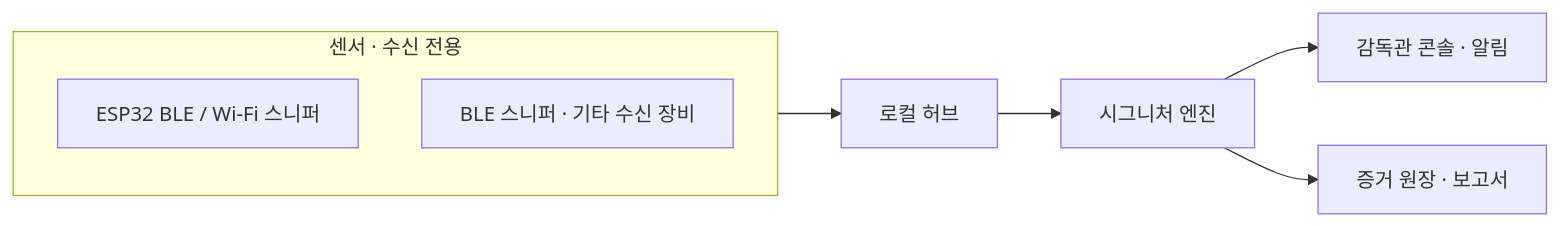
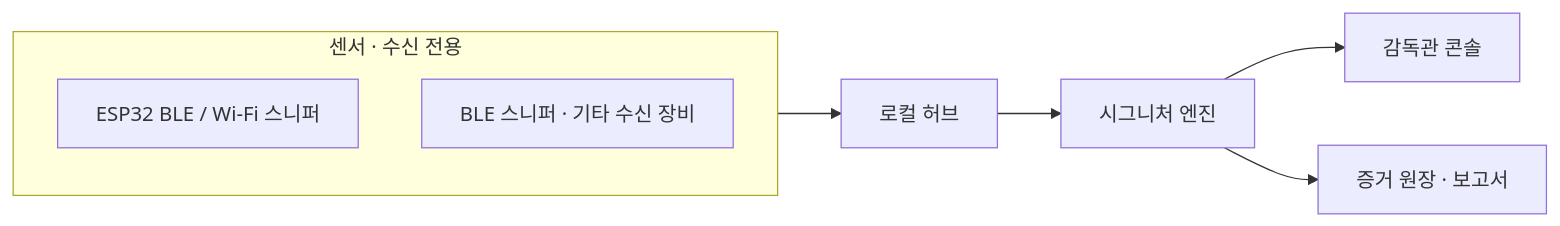
The diagram in README.md (eduoneq/exam-uncheat), drawn with Mermaid before and after one commit. The commit also changed other lines of this file and 34 other files, not shown here.

````diff
--- a/README.md
+++ b/README.md
@@ -79,11 +59,11 @@
 ```mermaid
 flowchart LR
   subgraph Sensors["센서 · 수신 전용"]
     A["ESP32 BLE / Wi-Fi 스니퍼"]
     B["BLE 스니퍼 · 기타 수신 장비"]
   end
   Sensors --> H["로컬 허브"]
   H --> E["시그니처 엔진"]
-  E --> D["감독관 콘솔 · 알림"]
+  E --> D["감독관 콘솔"]
   E --> L["증거 원장 · 보고서"]
 ```
````
